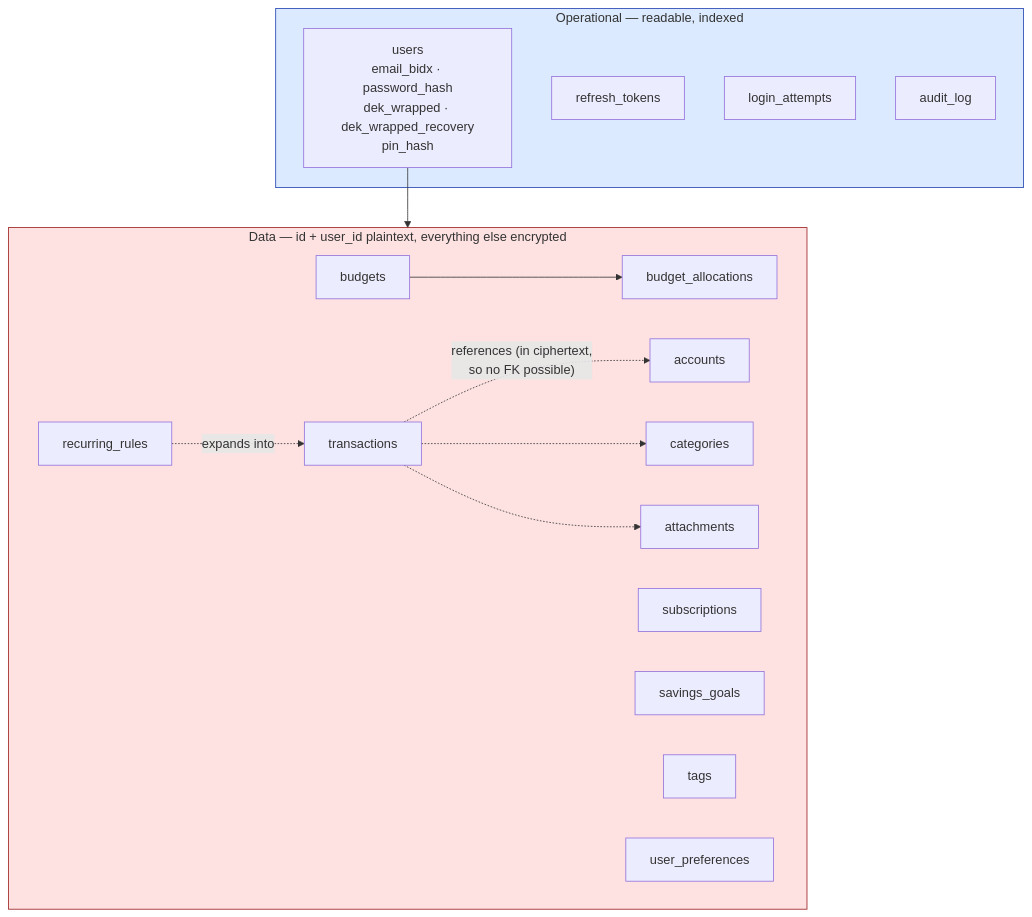
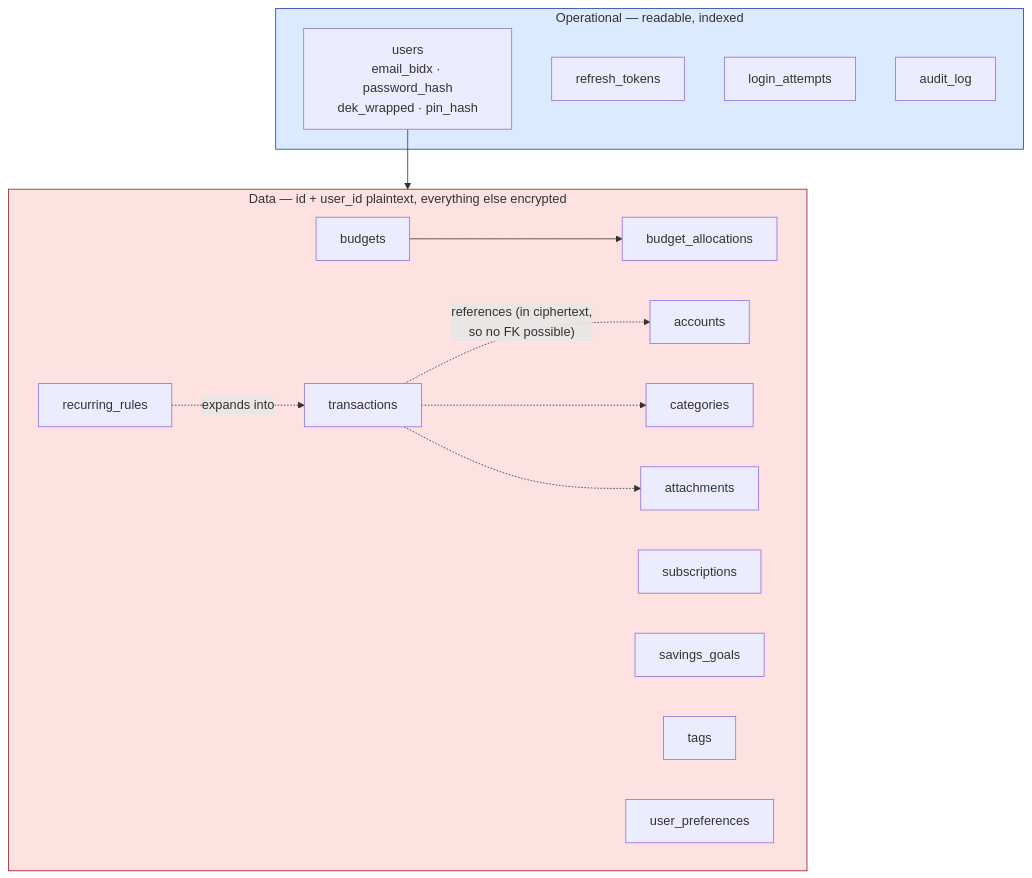
Before and after one commit to zakura1x/Budget-App: the fourth of 12 diagrams in misc/ARCHITECTURE_OVERVIEW.md, drawn with Mermaid. The commit also changed other lines of this file and 181 other files, not shown here.

````diff
--- a/misc/ARCHITECTURE_OVERVIEW.md
+++ b/misc/ARCHITECTURE_OVERVIEW.md
@@ -132,31 +132,31 @@
 ```mermaid
 graph TD
     subgraph OPS["Operational — readable, indexed"]
-        US["users<br/>email_bidx · password_hash<br/>dek_wrapped · dek_wrapped_recovery<br/>pin_hash"]
+        US["users<br/>email_bidx · password_hash<br/>dek_wrapped · pin_hash"]
         RT["refresh_tokens"]
         LA["login_attempts"]
         AL["audit_log"]
     end
 
     subgraph ENC["Data — id + user_id plaintext, everything else encrypted"]
         AC["accounts"]
         CA["categories"]
         BU["budgets"] --> BA["budget_allocations"]
         TX["transactions"]
         RR["recurring_rules"]
         SU["subscriptions"]
         SG["savings_goals"]
         TG["tags"]
         AT["attachments"]
         UP["user_preferences"]
     end
 
     US --> ENC
     RR -.->|"expands into"| TX
     TX -.->|"references (in ciphertext,<br/>so no FK possible)"| AC
     TX -.-> CA
     TX -.-> AT
 
     style OPS fill:#dbeafe,stroke:#1e40af
     style ENC fill:#fee2e2,stroke:#991b1b
 ```
````
